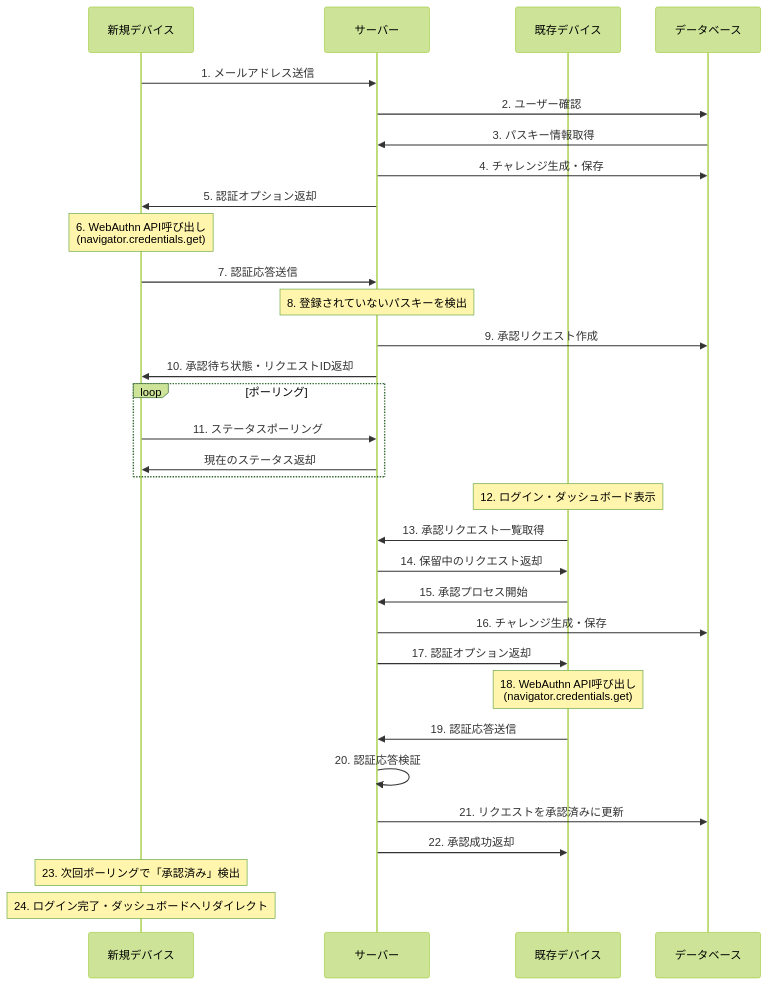
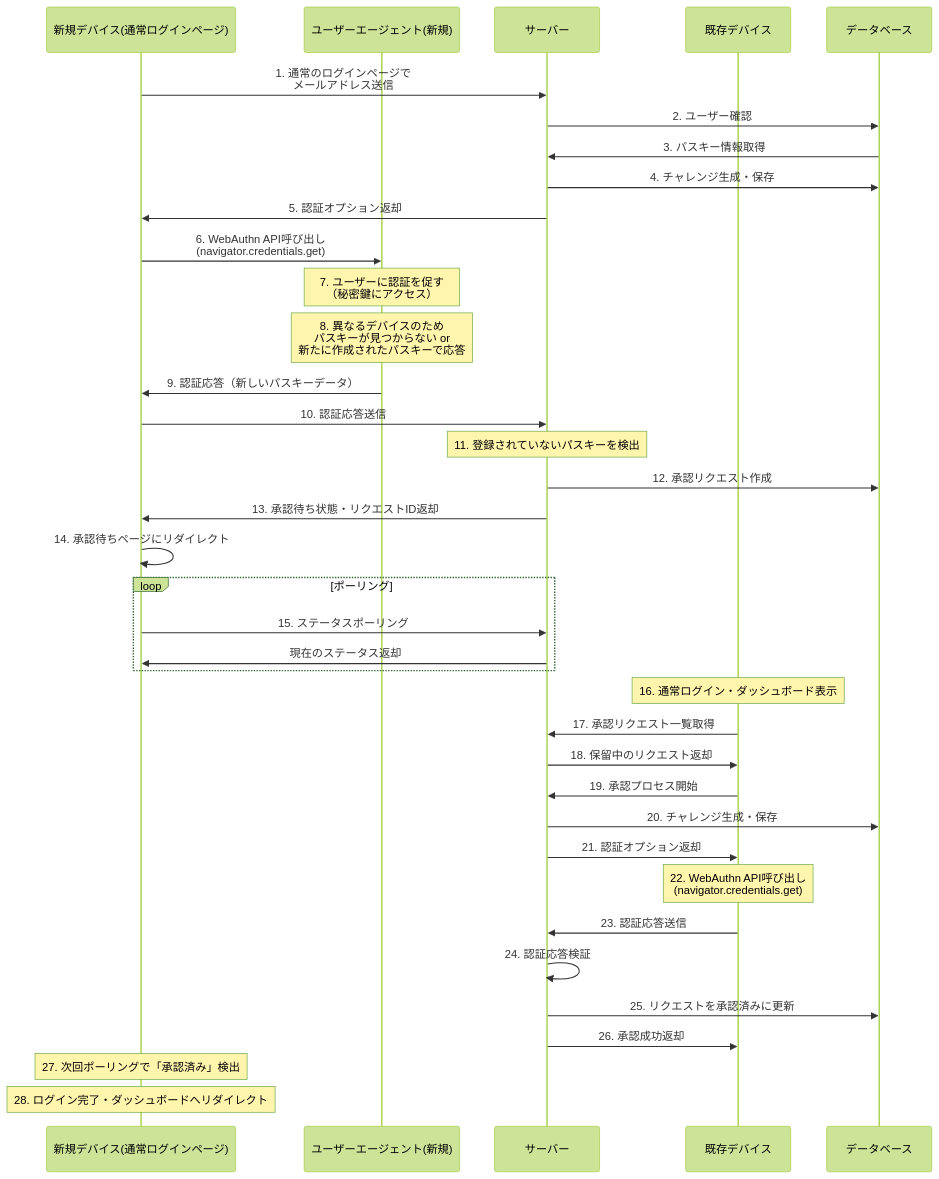
Before and after one commit to lirlia/100day_challenge_backend: the third of 4 diagrams in day7_passkey_auth/README.md, drawn with Mermaid (forest theme).

Commit message:
docs: 新規デバイスでのログイン＆承認フローのシーケンス図を修正

````diff
--- a/day7_passkey_auth/README.md
+++ b/day7_passkey_auth/README.md
@@ -203,38 +203,45 @@
 ```mermaid
 sequenceDiagram
-    participant 新デバイス as 新規デバイス
+    participant 新デバイス as 新規デバイス(通常ログインページ)
+    participant UA as ユーザーエージェント(新規)
     participant サーバー as サーバー
     participant 既存デバイス as 既存デバイス
     participant DB as データベース
     
-    新デバイス->>サーバー: 1. メールアドレス送信
+    新デバイス->>サーバー: 1. 通常のログインページで<br>メールアドレス送信
     サーバー->>DB: 2. ユーザー確認
     DB->>サーバー: 3. パスキー情報取得
     サーバー->>DB: 4. チャレンジ生成・保存
     サーバー->>新デバイス: 5. 認証オプション返却
-    Note over 新デバイス: 6. WebAuthn API呼び出し<br>(navigator.credentials.get)
-    新デバイス->>サーバー: 7. 認証応答送信
-    Note over サーバー: 8. 登録されていないパスキーを検出
-    サーバー->>DB: 9. 承認リクエスト作成
-    サーバー->>新デバイス: 10. 承認待ち状態・リクエストID返却
+    
+    新デバイス->>UA: 6. WebAuthn API呼び出し<br>(navigator.credentials.get)
+    Note over UA: 7. ユーザーに認証を促す<br>（秘密鍵にアクセス）
+    Note over UA: 8. 異なるデバイスのため<br>パスキーが見つからない or<br>新たに作成されたパスキーで応答
+    UA->>新デバイス: 9. 認証応答（新しいパスキーデータ）
+    
+    新デバイス->>サーバー: 10. 認証応答送信
+    Note over サーバー: 11. 登録されていないパスキーを検出
+    サーバー->>DB: 12. 承認リクエスト作成
+    サーバー->>新デバイス: 13. 承認待ち状態・リクエストID返却
+    新デバイス->>新デバイス: 14. 承認待ちページにリダイレクト
     
     loop ポーリング
-        新デバイス->>サーバー: 11. ステータスポーリング
+        新デバイス->>サーバー: 15. ステータスポーリング
         サーバー->>新デバイス: 現在のステータス返却
     end
     
-    Note over 既存デバイス: 12. ログイン・ダッシュボード表示
-    既存デバイス->>サーバー: 13. 承認リクエスト一覧取得
-    サーバー->>既存デバイス: 14. 保留中のリクエスト返却
-    既存デバイス->>サーバー: 15. 承認プロセス開始
-    サーバー->>DB: 16. チャレンジ生成・保存
-    サーバー->>既存デバイス: 17. 認証オプション返却
-    Note over 既存デバイス: 18. WebAuthn API呼び出し<br>(navigator.credentials.get)
-    既存デバイス->>サーバー: 19. 認証応答送信
-    サーバー->>サーバー: 20. 認証応答検証
-    サーバー->>DB: 21. リクエストを承認済みに更新
-    サーバー->>既存デバイス: 22. 承認成功返却
+    Note over 既存デバイス: 16. 通常ログイン・ダッシュボード表示
+    既存デバイス->>サーバー: 17. 承認リクエスト一覧取得
+    サーバー->>既存デバイス: 18. 保留中のリクエスト返却
+    既存デバイス->>サーバー: 19. 承認プロセス開始
+    サーバー->>DB: 20. チャレンジ生成・保存
+    サーバー->>既存デバイス: 21. 認証オプション返却
+    Note over 既存デバイス: 22. WebAuthn API呼び出し<br>(navigator.credentials.get)
+    既存デバイス->>サーバー: 23. 認証応答送信
+    サーバー->>サーバー: 24. 認証応答検証
+    サーバー->>DB: 25. リクエストを承認済みに更新
+    サーバー->>既存デバイス: 26. 承認成功返却
     
-    Note over 新デバイス: 23. 次回ポーリングで「承認済み」検出
-    Note over 新デバイス: 24. ログイン完了・ダッシュボードへリダイレクト
+    Note over 新デバイス: 27. 次回ポーリングで「承認済み」検出
+    Note over 新デバイス: 28. ログイン完了・ダッシュボードへリダイレクト
 ```
````
